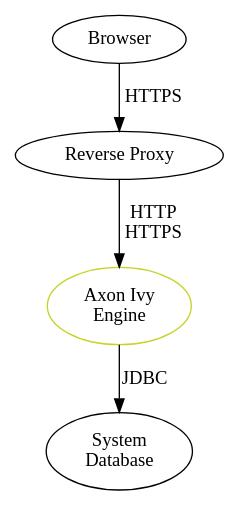
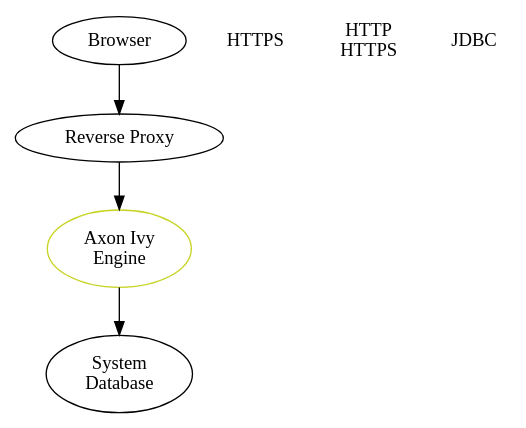
Before and after one commit to bernhardAxonIvy/doc: the diagram in source/engine-guide/security/overview.dot, drawn with Graphviz. The commit also changed 15 other files, not shown here.

```diff
--- a/source/engine-guide/security/overview.dot
+++ b/source/engine-guide/security/overview.dot
@@ -1,11 +1,21 @@
 
 digraph overview {  
+
+  /* nodes */
   browser [label="Browser" pos="0,2.5!" width=1];
-  reverseproxy [label="Reverse Proxy" pos="2.25,2.5!" width="1.5"];  
+  reverseproxy [label="Reverse Proxy" pos="2.25,2.5!" width=1.5];  
   engine [label="Axon Ivy\nEngine" pos="5.4,2.5!" height=0.8 width=1.5 color="#C7D426" fontcolor="black"];   
   systemdb [label="System\nDatabase" pos="8,2.5!" width=1.5 height=0.8]
 
-  browser -> reverseproxy [label="HTTPS"];
-  reverseproxy -> engine [label="HTTP\nHTTPS"];
-  engine -> systemdb [label="JDBC"];
+  /* edges */
+  browser -> reverseproxy;
+  reverseproxy -> engine;
+  engine -> systemdb;
+
+  /* edge labels */
+  browserreverseproxy [label="HTTPS", pos="0.95,2.6!",shape=none,fillcolor=none,fontcolor=black];
+  reverseproxyengine [label="HTTP\nHTTPS", pos="3.75,2.45!",shape=none,fillcolor=none,fontcolor=black];
+  enginesystemdb [label="JDBC", pos="6.6,2.6!",shape=none,fillcolor=none,fontcolor=black];
+
+
 }
```
